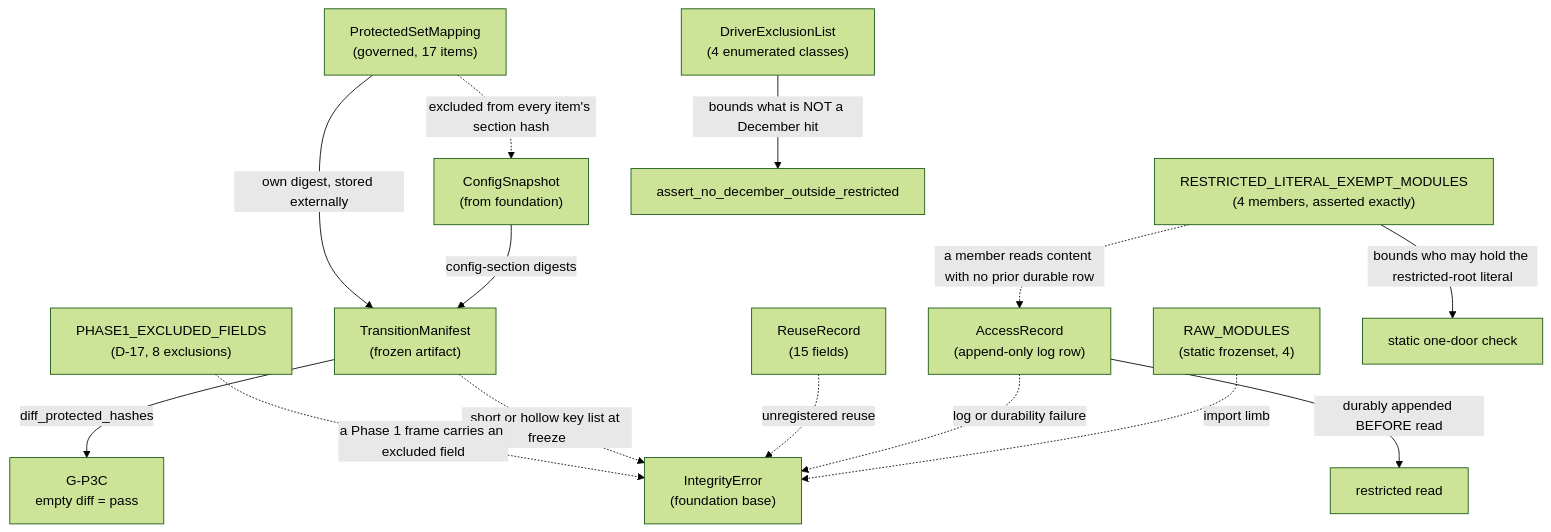
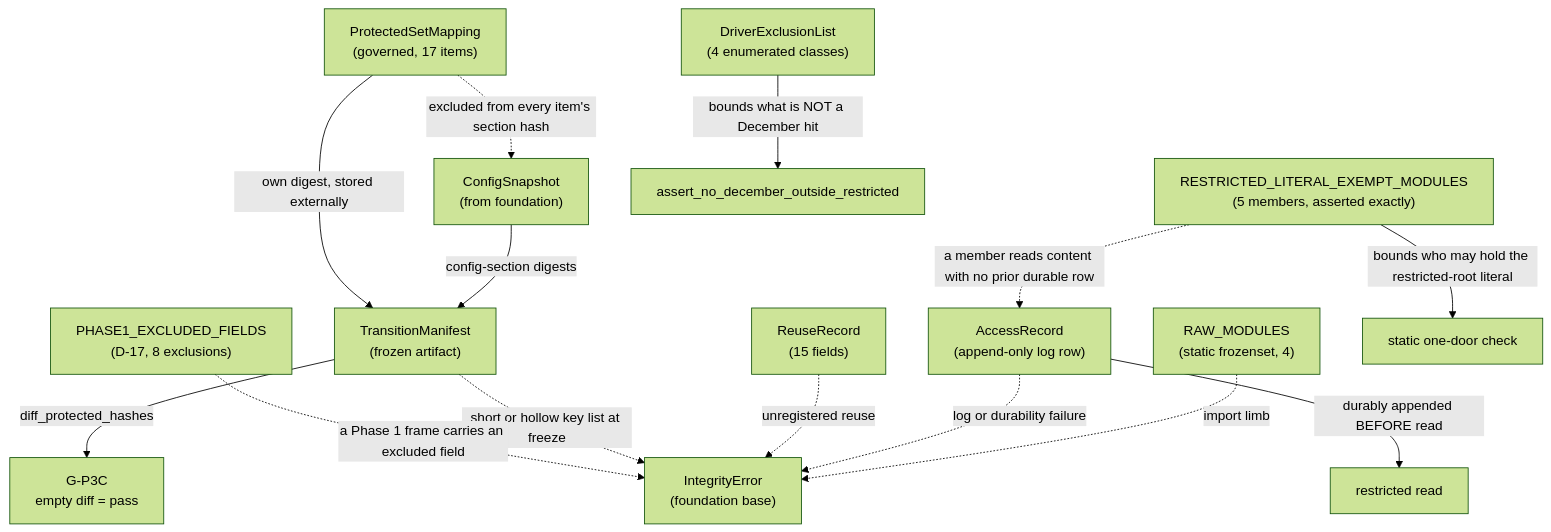
The diagram in aidlc/spaces/default/intents/260813-tec-hourly-forecast/construction/governance-guards/functional-design/domain-entities.md (Kimrza/Thesis_toshkari), drawn with Mermaid (forest theme) before and after one commit. The commit also changed other lines of this file and 31 other files, not shown here.

````diff
--- a/aidlc/spaces/default/intents/260813-tec-hourly-forecast/construction/governance-guards/functional-design/domain-entities.md
+++ b/aidlc/spaces/default/intents/260813-tec-hourly-forecast/construction/governance-guards/functional-design/domain-entities.md
@@ -77,27 +77,27 @@
 ```mermaid
 graph TD
   PS["ProtectedSetMapping<br/>(governed, 17 items)"]
   TM["TransitionManifest<br/>(frozen artifact)"]
   RM["RAW_MODULES<br/>(static frozenset, 4)"]
   AR["AccessRecord<br/>(append-only log row)"]
   RR["ReuseRecord<br/>(15 fields)"]
   CS["ConfigSnapshot<br/>(from foundation)"]
   IE["IntegrityError<br/>(foundation base)"]
   DX["DriverExclusionList<br/>(4 enumerated classes)"]
   PX["PHASE1_EXCLUDED_FIELDS<br/>(D-17, 8 exclusions)"]
-  EX["RESTRICTED_LITERAL_EXEMPT_MODULES<br/>(4 members, asserted exactly)"]
+  EX["RESTRICTED_LITERAL_EXEMPT_MODULES<br/>(5 members, asserted exactly)"]
 
   CS -->|"config-section digests"| TM
   PS -->|"own digest, stored externally"| TM
   PS -.->|"excluded from every item's section hash"| CS
   TM -->|"diff_protected_hashes"| GP3C["G-P3C<br/>empty diff = pass"]
   RM -.->|"import limb"| IE
   AR -->|"durably appended BEFORE read"| READ["restricted read"]
   AR -.->|"log or durability failure"| IE
   RR -.->|"unregistered reuse"| IE
   TM -.->|"short or hollow key list at freeze"| IE
   DX -->|"bounds what is NOT a December hit"| SCAN["assert_no_december_outside_restricted"]
   PX -.->|"a Phase 1 frame carries an excluded field"| IE
   EX -->|"bounds who may hold the restricted-root literal"| STATIC["static one-door check"]
   EX -.->|"a member reads content with no prior durable row"| AR
 ```
````
